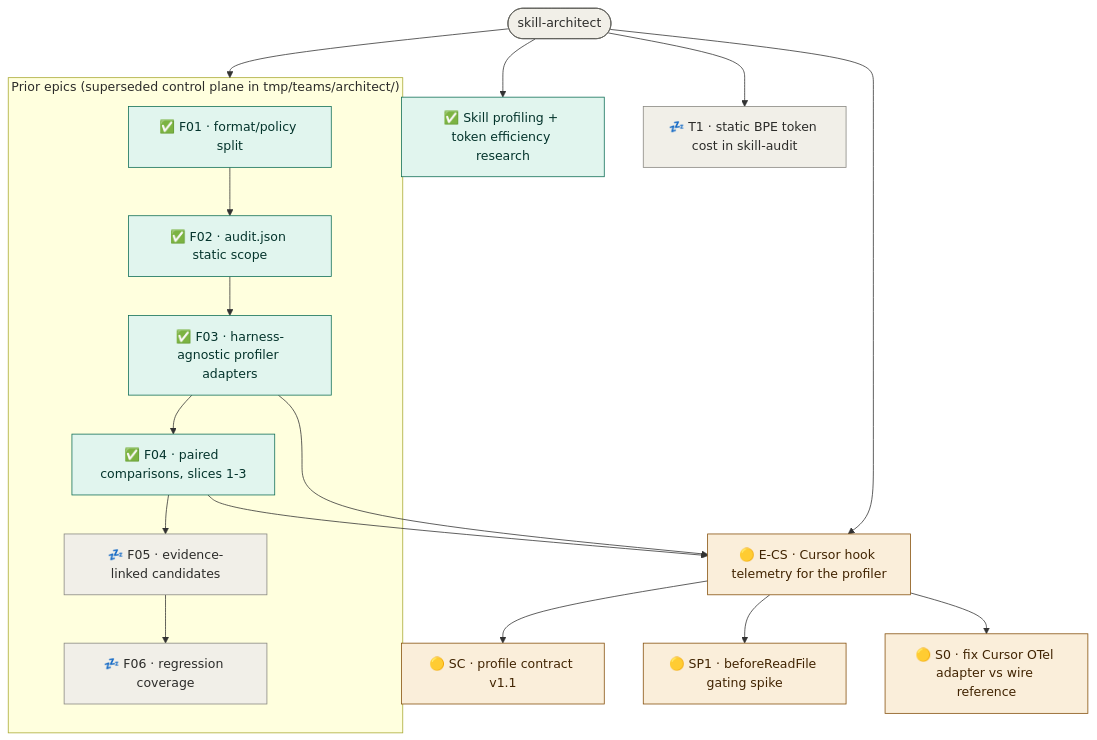
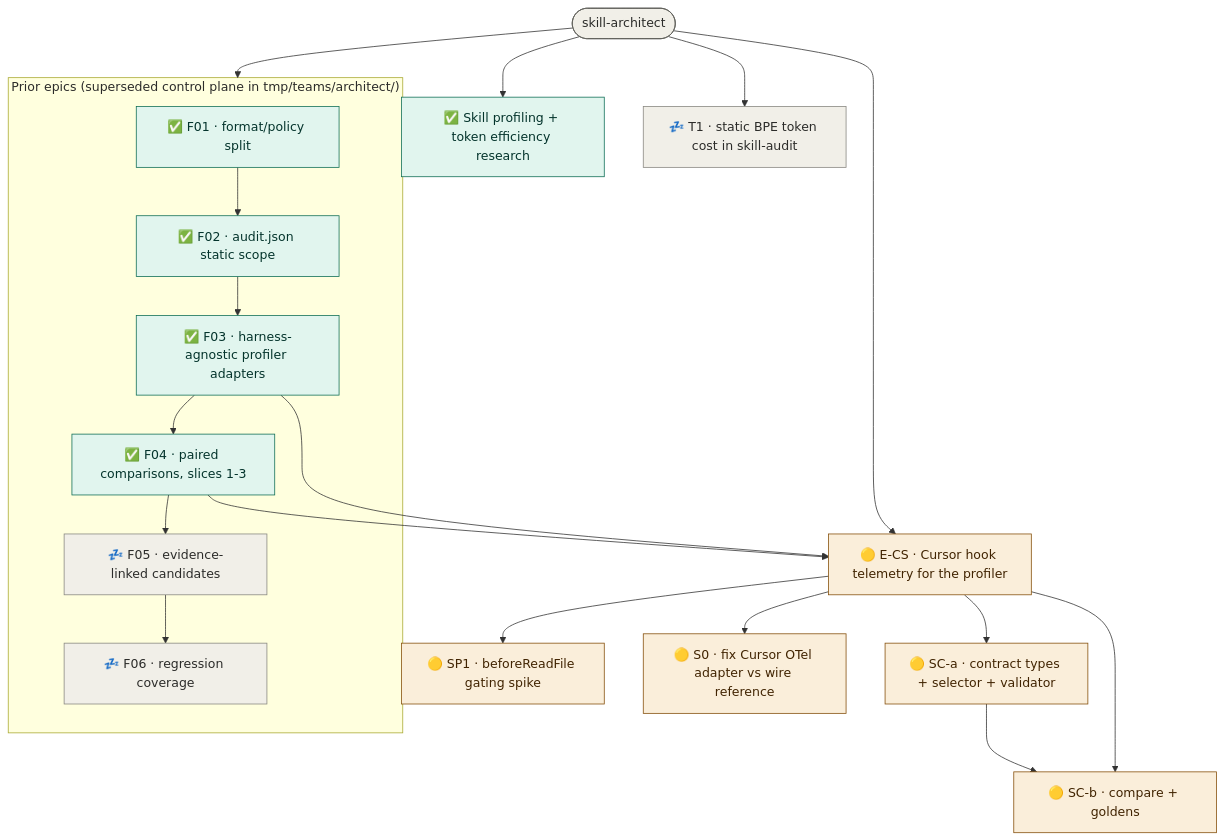
The diagram in .scuba/roadmap.md (Okja-Engineering/skill-architect), drawn with Mermaid before and after one commit. The commit also changed other lines of this file and 20 other files, not shown here.

Commit message:
scuba state: E-CS round-5 revision presented; SC split into SC-a/SC-b

````diff
--- a/.scuba/roadmap.md
+++ b/.scuba/roadmap.md
@@ -23,52 +22,55 @@
 ```mermaid
 flowchart TD
   L([skill-architect]):::root
 
   L --> CS[🟡 E-CS · Cursor hook telemetry for the profiler]:::spec
   L --> RP[✅ Skill profiling + token efficiency research]:::done
   L --> T1[💤 T1 · static BPE token cost in skill-audit]:::parked
 
-  CS --> SC[🟡 SC · profile contract v1.1]:::spec
+  CS --> SCA[🟡 SC-a · contract types + selector + validator]:::spec
+  CS --> SCB[🟡 SC-b · compare + goldens]:::spec
   CS --> SP1[🟡 SP1 · beforeReadFile gating spike]:::spec
   CS --> S0[🟡 S0 · fix Cursor OTel adapter vs wire reference]:::spec
 
   subgraph PRIOR["Prior epics (superseded control plane in tmp/teams/architect/)"]
     F01[✅ F01 · format/policy split]:::done
     F02[✅ F02 · audit.json static scope]:::done
     F03[✅ F03 · harness-agnostic profiler adapters]:::done
     F04[✅ F04 · paired comparisons, slices 1-3]:::done
     F05[💤 F05 · evidence-linked candidates]:::parked
     F06[💤 F06 · regression coverage]:::parked
   end
 
   L --> PRIOR
   F01 --> F02
   F02 --> F03
   F03 --> F04
   F04 --> F05
   F05 --> F06
   F03 --> CS
   F04 --> CS
+  SCA --> SCB
 
-  click CS "teams/cursorscope-go/roadmap.md" "Groomed roadmap — 17 slices, revised round 4"
+  click CS "teams/cursorscope-go/roadmap.md" "Groomed roadmap — revised round 5, presented to user"
   click RP "teams/research-profiling/ledger.md" "Research ledger"
   click T1 "teams/cursorscope-go/slices/T1.status.md" "Parked — separate parallel thread"
-  click SC "teams/cursorscope-go/slices/SC.status.md" "Contract slice — ships first"
+  click SCA "teams/cursorscope-go/slices/SC-a.status.md" "Contract part A — ships first"
+  click SCB "teams/cursorscope-go/slices/SC-b.status.md" "Contract part B — gated on SC-a"
   click SP1 "teams/cursorscope-go/slices/SP1.status.md" "Gating spike — hard gate ahead of S3"
   click S0 "teams/cursorscope-go/slices/S0.status.md" "Slice status — dispatchable independently"
   click F01 "../tmp/teams/architect/F01.status.md" "Done — status"
   click F02 "../tmp/teams/architect/F02.status.md" "Done — status"
   click F03 "../tmp/teams/architect/profiler-design-space.md" "Done — design space (no status file)"
   click F04 "../tmp/teams/architect/F04.status.md" "Done for slices 1-3 — status file stale"
   click F05 "../tmp/teams/architect/F05.status.md" "Parked — status"
   click F06 "../tmp/teams/architect/F06.status.md" "Parked — status"
 
   classDef root fill:#F1EFE8,stroke:#5F5E5A,color:#2C2C2A
   classDef spec fill:#FAEEDA,stroke:#854F0B,color:#412402
   classDef plan fill:#E6F1FB,stroke:#185FA5,color:#042C53
   classDef exec fill:#EAF3DE,stroke:#3B6D11,color:#173404
   classDef review fill:#EEEDFE,stroke:#534AB7,color:#26215C
   classDef blocked fill:#FCEBEB,stroke:#A32D2D,color:#501313
   classDef done fill:#E1F5EE,stroke:#0F6E56,color:#04342C
   classDef parked fill:#F1EFE8,stroke:#888780,color:#2C2C2A
 ```
````
